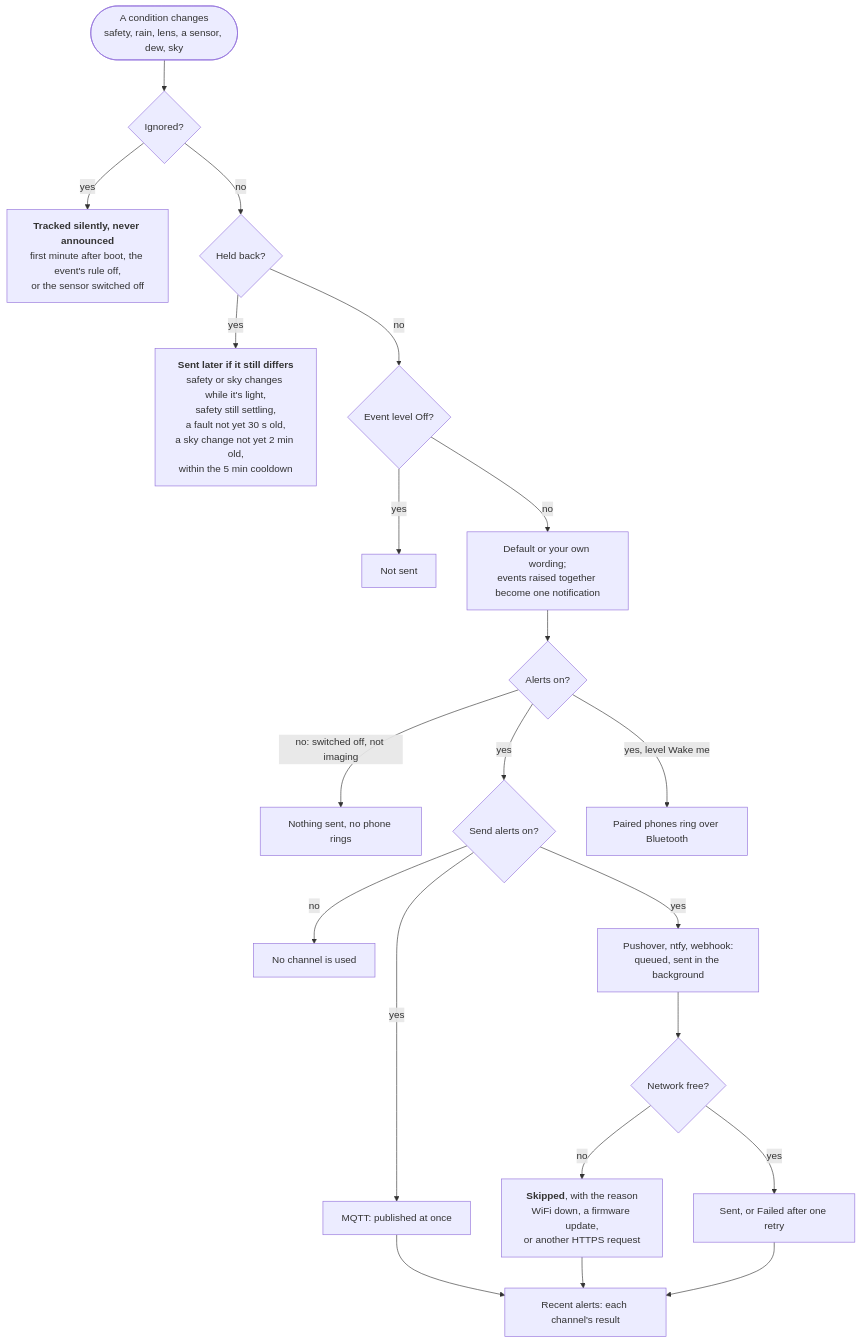
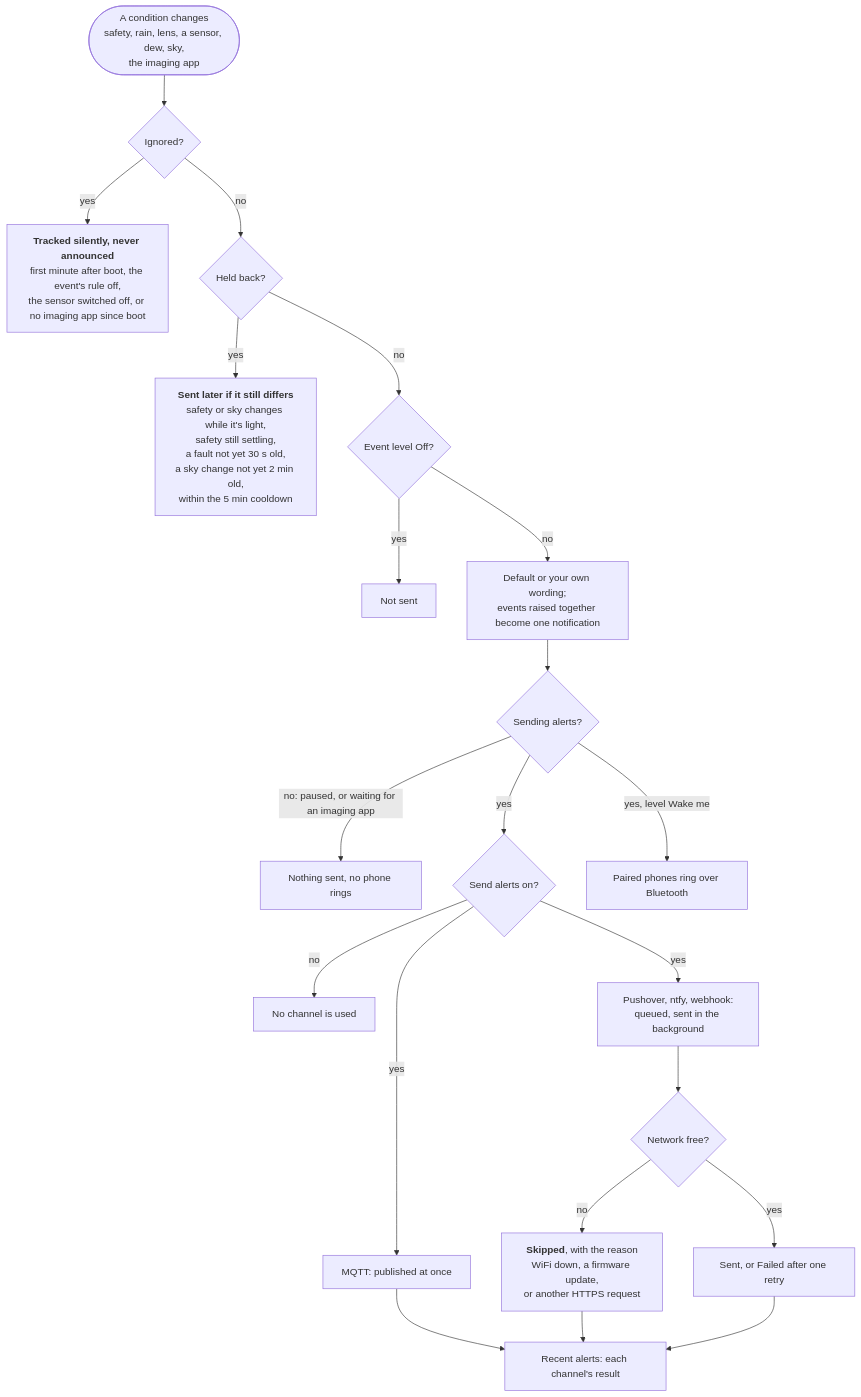
The diagram in docs/user-guide/alerts.md (DeanJ87/SQMeter), drawn with Mermaid before and after one commit. The commit also changed other lines of this file and 8 other files, not shown here.

First line of the commit message:
Merge origin/main (spec 024 diagrams); diagrams follow the alert schedule

````diff
--- a/docs/user-guide/alerts.md
+++ b/docs/user-guide/alerts.md
@@ -14,25 +14,25 @@
 ```mermaid
 flowchart TB
     accTitle: Why an alert does or doesn't arrive
-    accDescr: Each second the device compares every condition with what you were last told. A change can be tracked silently, held back for now, or dropped by its level; otherwise it is worded and, if alerts are on, sent to every enabled channel, with each channel's result recorded.
-    CHANGE(["A condition changes<br/>safety, rain, lens, a sensor, dew, sky"]) --> SILENT{"Ignored?"}
-    SILENT -->|yes| TRACKED["<b>Tracked silently, never announced</b><br/>first minute after boot, the event's rule off,<br/>or the sensor switched off"]
+    accDescr: Each second the device compares every condition with what you were last told. A change can be tracked silently, held back for now, or dropped by its level; otherwise it is worded and, if alerts are on, sent to every enabled channel unless alerts are paused, with each channel's result recorded.
+    CHANGE(["A condition changes<br/>safety, rain, lens, a sensor, dew, sky,<br/>the imaging app"]) --> SILENT{"Ignored?"}
+    SILENT -->|yes| TRACKED["<b>Tracked silently, never announced</b><br/>first minute after boot, the event's rule off,<br/>the sensor switched off, or no imaging app since boot"]
     SILENT -->|no| HELD{"Held back?"}
     HELD -->|yes| LATER["<b>Sent later if it still differs</b><br/>safety or sky changes while it's light,<br/>safety still settling,<br/>a fault not yet 30 s old,<br/>a sky change not yet 2 min old,<br/>within the 5 min cooldown"]
     HELD -->|no| LEVEL{"Event level Off?"}
     LEVEL -->|yes| DROPPED["Not sent"]
     LEVEL -->|no| WORDING["Default or your own wording;<br/>events raised together become one notification"]
-    WORDING --> ON{"Alerts on?"}
-    ON -->|"no: switched off, not imaging"| NOTHING["Nothing sent, no phone rings"]
+    WORDING --> ON{"Sending alerts?"}
+    ON -->|"no: paused, or waiting for an imaging app"| NOTHING["Nothing sent, no phone rings"]
     ON -->|yes| MASTER{"Send alerts on?"}
     ON -->|"yes, level Wake me"| BLE["Paired phones ring over Bluetooth"]
     MASTER -->|no| NOPUSH["No channel is used"]
     MASTER -->|yes| MQTT["MQTT: published at once"]
     MASTER -->|yes| HTTP["Pushover, ntfy, webhook:<br/>queued, sent in the background"]
     HTTP --> CANSEND{"Network free?"}
     CANSEND -->|no| SKIPPED["<b>Skipped</b>, with the reason<br/>WiFi down, a firmware update,<br/>or another HTTPS request"]
     CANSEND -->|yes| SENT["Sent, or Failed after one retry"]
     MQTT --> RECENT["Recent alerts: each channel's result"]
     SKIPPED --> RECENT
     SENT --> RECENT
 ```
````
